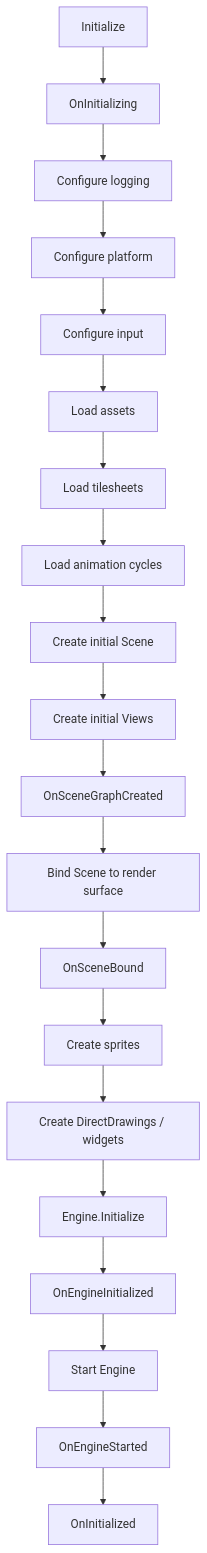
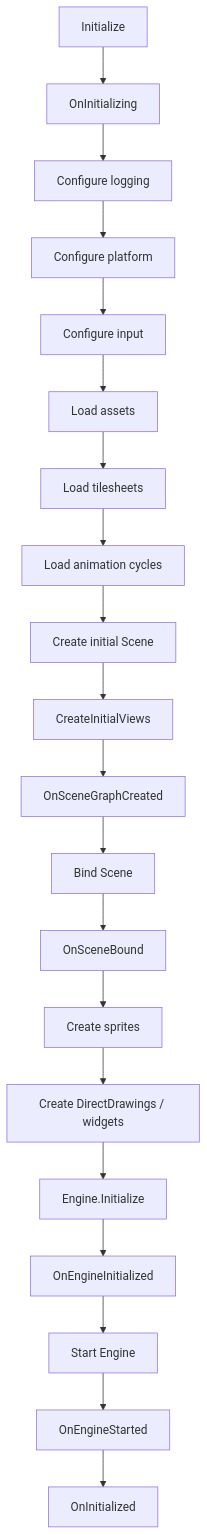
One commit to Isthimius/Gondwana changed the second of 3 diagrams in docs/wiki/Game-Hosts-and-Application-Startup.md. Above: the diagram before and after it, drawn with Mermaid. The commit also changed other lines of this file, not shown here.

````diff
--- a/docs/wiki/Game-Hosts-and-Application-Startup.md
+++ b/docs/wiki/Game-Hosts-and-Application-Startup.md
@@ -51,22 +47,22 @@
 ```mermaid
 flowchart TD
     A[Initialize] --> B[OnInitializing]
     B --> C[Configure logging]
     C --> D[Configure platform]
     D --> E[Configure input]
     E --> F[Load assets]
     F --> G[Load tilesheets]
     G --> H[Load animation cycles]
     H --> I[Create initial Scene]
-    I --> J[Create initial Views]
+    I --> J[CreateInitialViews]
     J --> K[OnSceneGraphCreated]
-    K --> L[Bind Scene to render surface]
+    K --> L[Bind Scene]
     L --> M[OnSceneBound]
     M --> N[Create sprites]
     N --> O[Create DirectDrawings / widgets]
     O --> P[Engine.Initialize]
     P --> Q[OnEngineInitialized]
     Q --> R[Start Engine]
     R --> S[OnEngineStarted]
     S --> T[OnInitialized]
 ```
````
